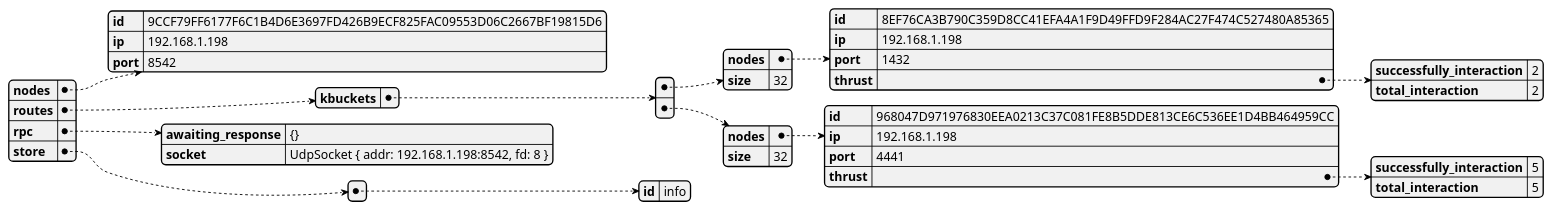
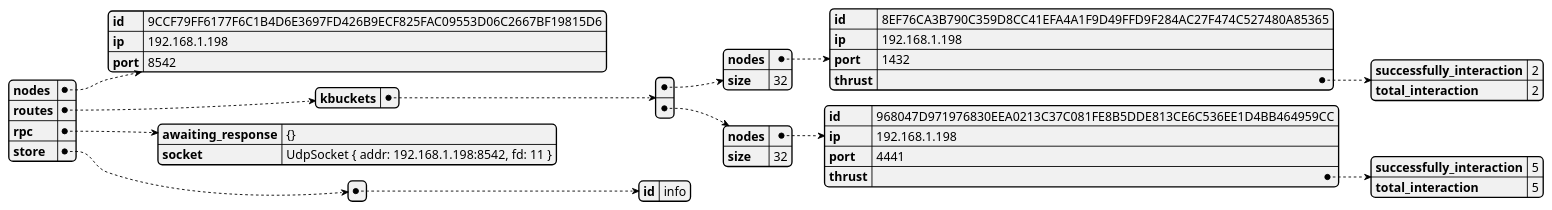
The diagram in src/distributed_legder/state_dumps/test-network-2.json.plantuml (GoliathHagar/distributed_legder_kademlia), drawn with PlantUML before and after one commit. The commit also changed 16 other files, not shown here.

```diff
--- a/src/distributed_legder/state_dumps/test-network-2.json.plantuml
+++ b/src/distributed_legder/state_dumps/test-network-2.json.plantuml
@@ -1,3 +1,3 @@
 @startjson
-{"nodes":{"id":"9CCF79FF6177F6C1B4D6E3697FD426B9ECF825FAC09553D06C2667BF19815D6","ip":"192.168.1.198","port":8542},"routes":{"kbuckets":[{"nodes":{"id":"8EF76CA3B790C359D8CC41EFA4A1F9D49FFD9F284AC27F474C527480A85365","ip":"192.168.1.198","port":1432,"thrust":{"successfully_interaction":2,"total_interaction":2}},"size":32},{"nodes":{"id":"968047D971976830EEA0213C37C081FE8B5DDE813CE6C536EE1D4BB464959CC","ip":"192.168.1.198","port":4441,"thrust":{"successfully_interaction":5,"total_interaction":5}},"size":32}]},"rpc":{"awaiting_response":"{}","socket":"UdpSocket { addr: 192.168.1.198:8542, fd: 8 }"},"store":[{"id":"info"}]}
+{"nodes":{"id":"9CCF79FF6177F6C1B4D6E3697FD426B9ECF825FAC09553D06C2667BF19815D6","ip":"192.168.1.198","port":8542},"routes":{"kbuckets":[{"nodes":{"id":"8EF76CA3B790C359D8CC41EFA4A1F9D49FFD9F284AC27F474C527480A85365","ip":"192.168.1.198","port":1432,"thrust":{"successfully_interaction":2,"total_interaction":2}},"size":32},{"nodes":{"id":"968047D971976830EEA0213C37C081FE8B5DDE813CE6C536EE1D4BB464959CC","ip":"192.168.1.198","port":4441,"thrust":{"successfully_interaction":5,"total_interaction":5}},"size":32}]},"rpc":{"awaiting_response":"{}","socket":"UdpSocket { addr: 192.168.1.198:8542, fd: 11 }"},"store":[{"id":"info"}]}
 @endjson
```
